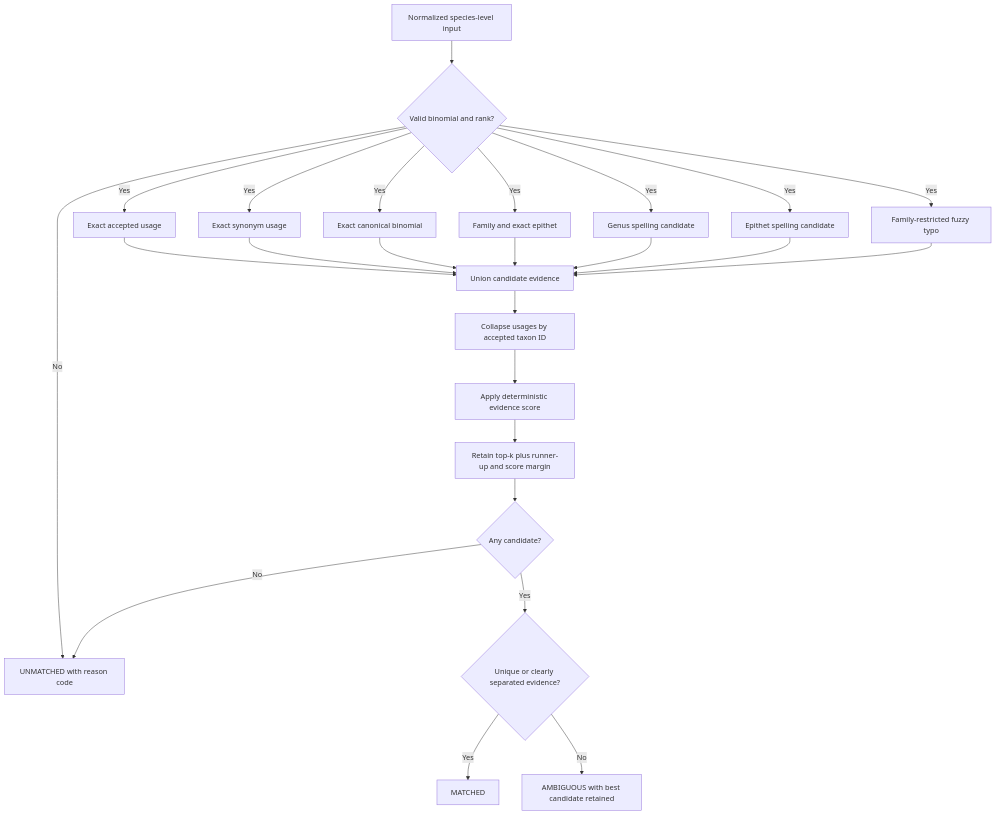
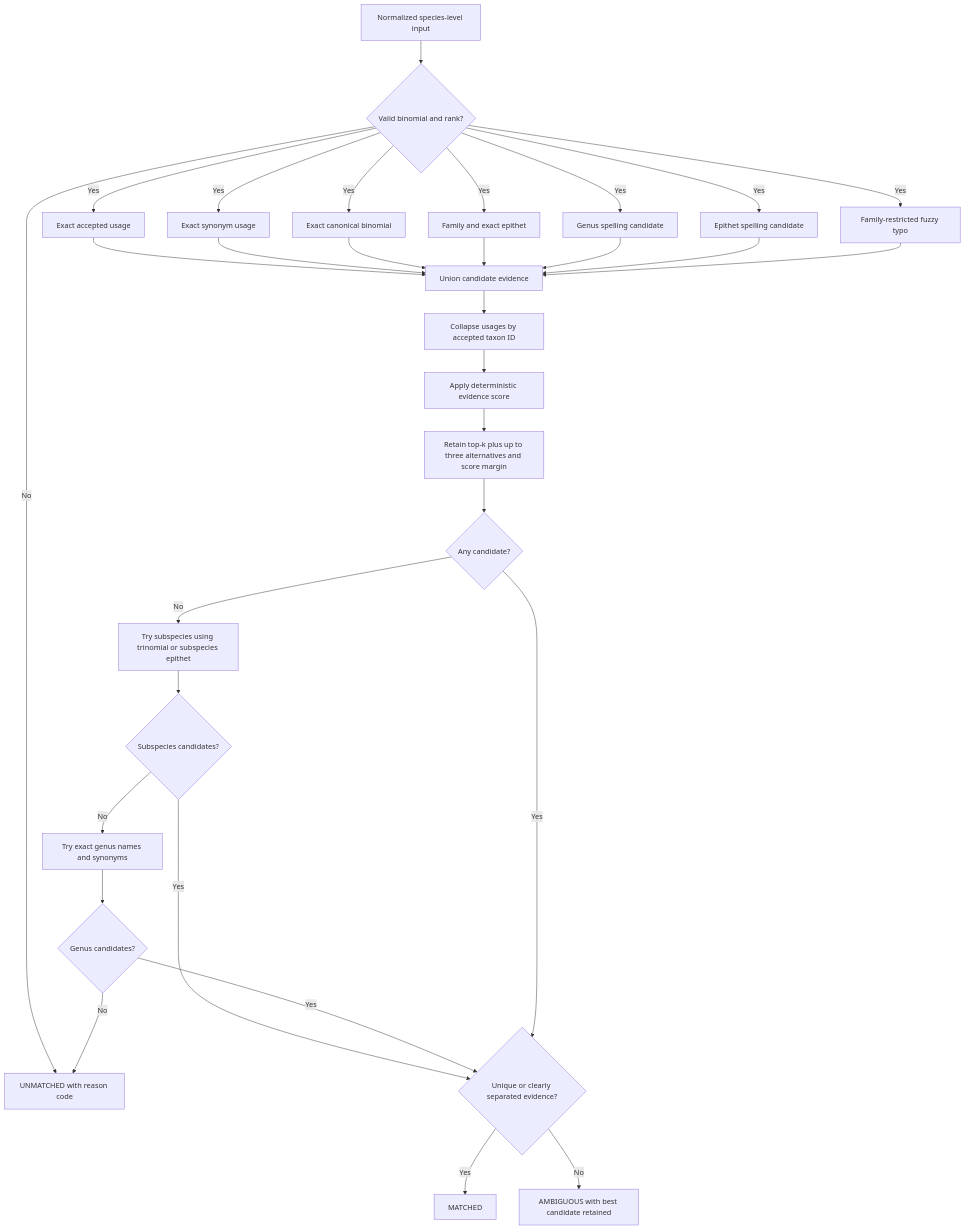
The second of 2 diagrams in README.md (BioVisionLab/BioCosmos), drawn with Mermaid before and after one commit. The commit also changed other lines of this file and 15 other files, not shown here.

Commit message:
Try match to genus or subspecies to improve matching.

````diff
--- a/README.md
+++ b/README.md
@@ -76,29 +76,35 @@
 ```mermaid
 flowchart TB
     INPUT[Normalized species-level input] --> VALID{Valid binomial and rank?}
     VALID -->|No| UNMATCHED[UNMATCHED with reason code]
     VALID -->|Yes| EA[Exact accepted usage]
     VALID -->|Yes| ES[Exact synonym usage]
     VALID -->|Yes| EC[Exact canonical binomial]
     VALID -->|Yes| FE[Family and exact epithet]
     VALID -->|Yes| SG[Genus spelling candidate]
     VALID -->|Yes| SE[Epithet spelling candidate]
     VALID -->|Yes| FT[Family-restricted fuzzy typo]
 
     EA --> UNION[Union candidate evidence]
     ES --> UNION
     EC --> UNION
     FE --> UNION
     SG --> UNION
     SE --> UNION
     FT --> UNION
 
     UNION --> COLLAPSE[Collapse usages by accepted taxon ID]
     COLLAPSE --> SCORE[Apply deterministic evidence score]
-    SCORE --> RANK[Retain top-k plus runner-up and score margin]
+    SCORE --> RANK[Retain top-k plus up to three alternatives and score margin]
     RANK --> FOUND{Any candidate?}
-    FOUND -->|No| UNMATCHED
+    FOUND -->|No| SUB[Try subspecies using trinomial or subspecies epithet]
+    SUB --> SUBFOUND{Subspecies candidates?}
+    SUBFOUND -->|Yes| CLEAR
+    SUBFOUND -->|No| GEN[Try exact genus names and synonyms]
+    GEN --> GENFOUND{Genus candidates?}
+    GENFOUND -->|Yes| CLEAR
+    GENFOUND -->|No| UNMATCHED
     FOUND -->|Yes| CLEAR{Unique or clearly separated evidence?}
     CLEAR -->|Yes| MATCHED[MATCHED]
     CLEAR -->|No| AMBIGUOUS[AMBIGUOUS with best candidate retained]
 ```
````
